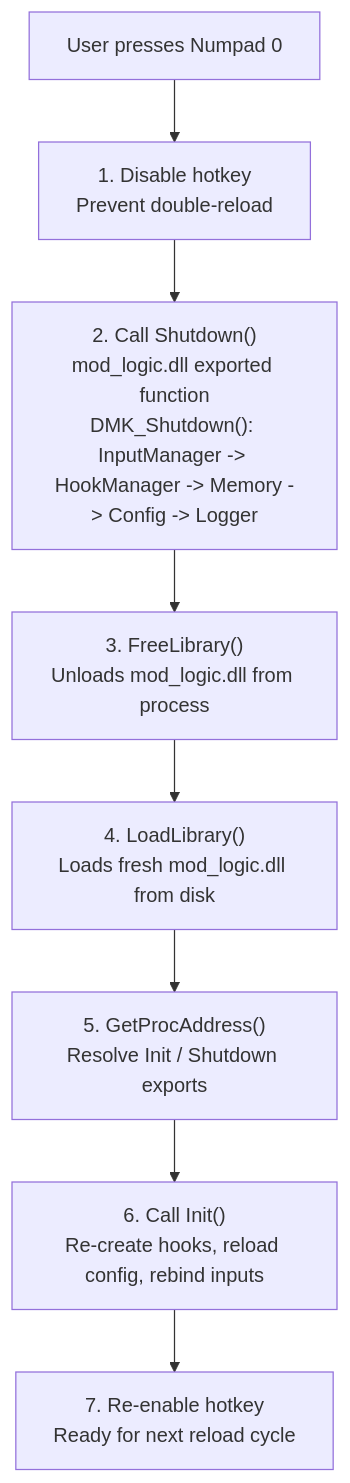
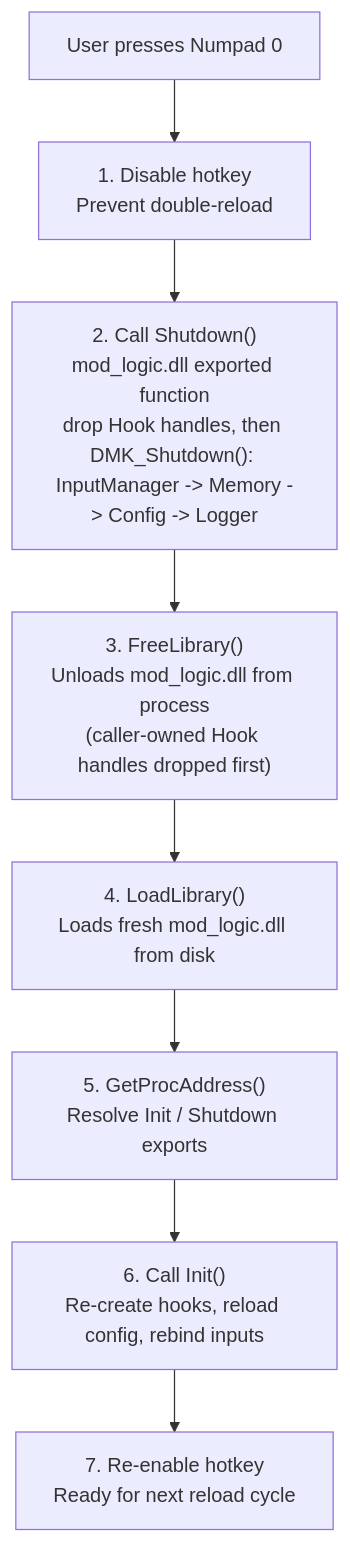
The second of 2 diagrams in docs/hot-reload/README.md (tkhquang/DetourModKit), drawn with Mermaid before and after one commit. The commit also changed other lines of this file and 31 other files, not shown here.

````diff
--- a/docs/hot-reload/README.md
+++ b/docs/hot-reload/README.md
@@ -54,10 +54,10 @@
 ```mermaid
 flowchart TD
     A["User presses Numpad 0"] --> B["1. Disable hotkey<br/>Prevent double-reload"]
-    B --> C["2. Call Shutdown()<br/>mod_logic.dll exported function<br/>DMK_Shutdown(): InputManager -> HookManager -> Memory -> Config -> Logger"]
-    C --> D["3. FreeLibrary()<br/>Unloads mod_logic.dll from process"]
+    B --> C["2. Call Shutdown()<br/>mod_logic.dll exported function<br/>drop Hook handles, then DMK_Shutdown(): InputManager -> Memory -> Config -> Logger"]
+    C --> D["3. FreeLibrary()<br/>Unloads mod_logic.dll from process<br/>(caller-owned Hook handles dropped first)"]
     D --> E["4. LoadLibrary()<br/>Loads fresh mod_logic.dll from disk"]
     E --> F["5. GetProcAddress()<br/>Resolve Init / Shutdown exports"]
     F --> G["6. Call Init()<br/>Re-create hooks, reload config, rebind inputs"]
     G --> H["7. Re-enable hotkey<br/>Ready for next reload cycle"]
 ```
````
